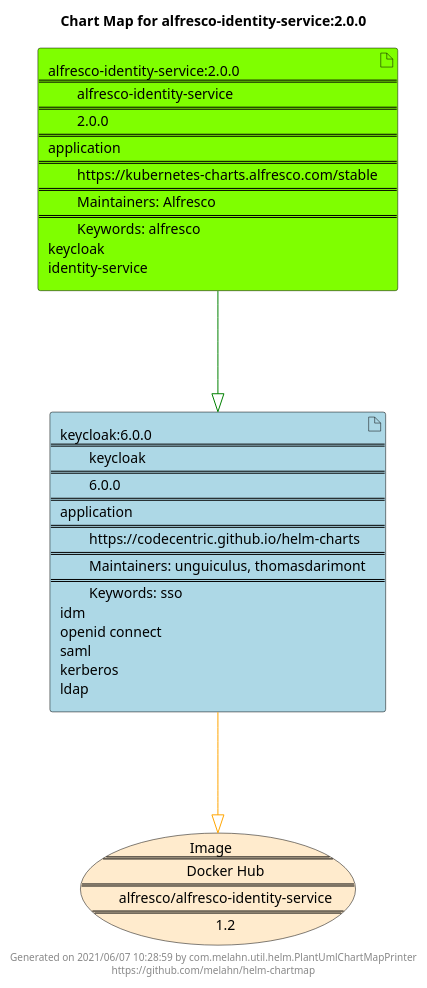
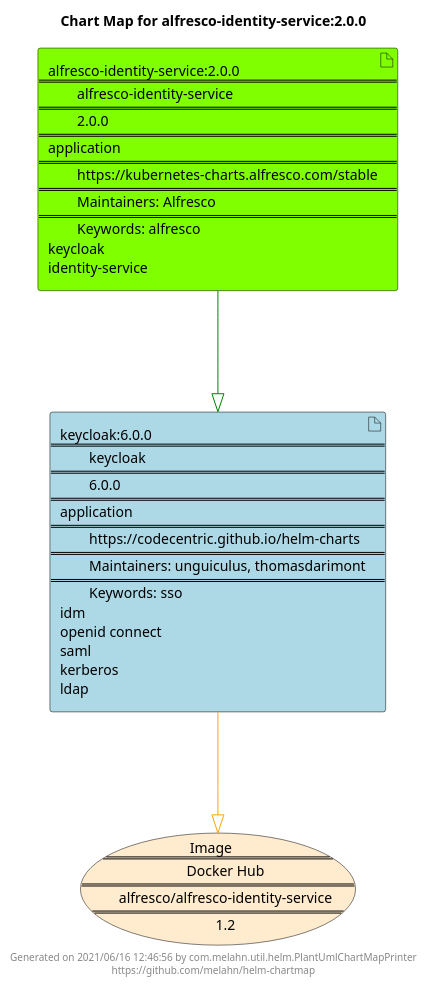
The diagram in docs/alfresco-identity-service/alfresco-identity-service-2.0.0.puml (melahn/helm-chartmap), drawn with PlantUML before and after one commit. The commit also changed 39 other files, not shown here.

```diff
--- a/docs/alfresco-identity-service/alfresco-identity-service-2.0.0.puml
+++ b/docs/alfresco-identity-service/alfresco-identity-service-2.0.0.puml
@@ -1,23 +1,23 @@
 @startuml
 skinparam linetype ortho
 skinparam backgroundColor white
 skinparam usecaseBorderColor black
 skinparam usecaseArrowColor LightSlateGray
 skinparam artifactBorderColor black
 skinparam artifactArrowColor LightSlateGray
 
 title Chart Map for alfresco-identity-service:2.0.0
 
 'There are 2 referenced Helm Charts
 artifact "keycloak:6.0.0\n====\n\tkeycloak\n====\n\t6.0.0\n====\napplication\n====\n\thttps://codecentric.github.io/helm-charts\n====\n\tMaintainers: unguiculus, thomasdarimont\n====\n\tKeywords: sso\nidm\nopenid connect\nsaml\nkerberos\nldap" as keycloak_6_0_0 #LightBlue
 artifact "alfresco-identity-service:2.0.0\n====\n\talfresco-identity-service\n====\n\t2.0.0\n====\napplication\n====\n\thttps://kubernetes-charts.alfresco.com/stable\n====\n\tMaintainers: Alfresco\n====\n\tKeywords: alfresco\nkeycloak\nidentity-service" as alfresco_identity_service_2_0_0 #Chartreuse
 
 'There is one referenced Docker Image
 usecase "Image\n====\n\tDocker Hub\n====\n\talfresco/alfresco-identity-service\n====\n\t1.2" as alfresco_alfresco_identity_service_1_2 #BlanchedAlmond
 
 'Chart Dependencies
 alfresco_identity_service_2_0_0--[#green]-|>keycloak_6_0_0
 keycloak_6_0_0--[#orange]-|>alfresco_alfresco_identity_service_1_2
 
-center footer Generated on 2021/06/07 10:28:59 by com.melahn.util.helm.PlantUmlChartMapPrinter\nhttps://github.com/melahn/helm-chartmap
+center footer Generated on 2021/06/16 12:46:56 by com.melahn.util.helm.PlantUmlChartMapPrinter\nhttps://github.com/melahn/helm-chartmap
 @enduml
```
